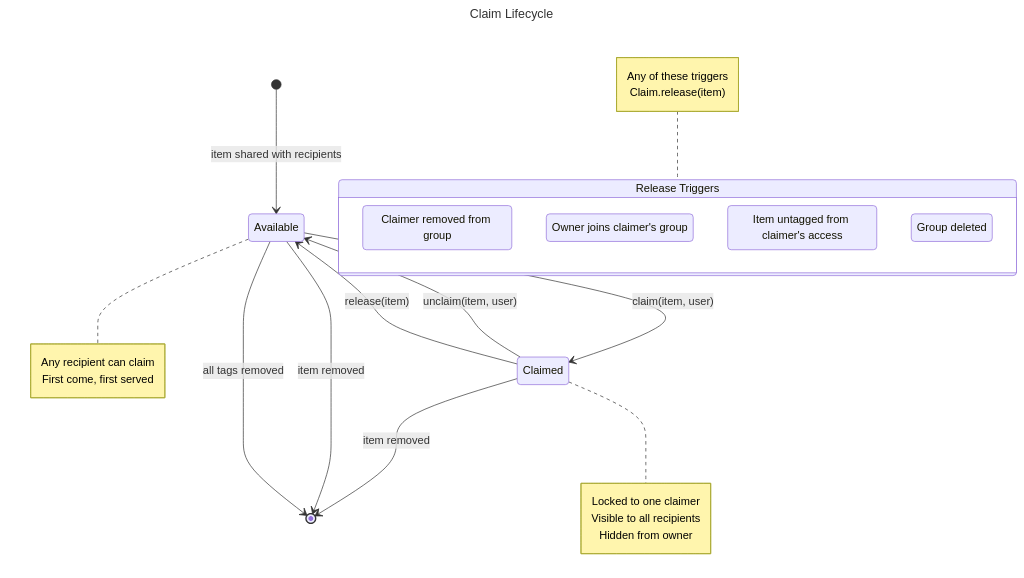
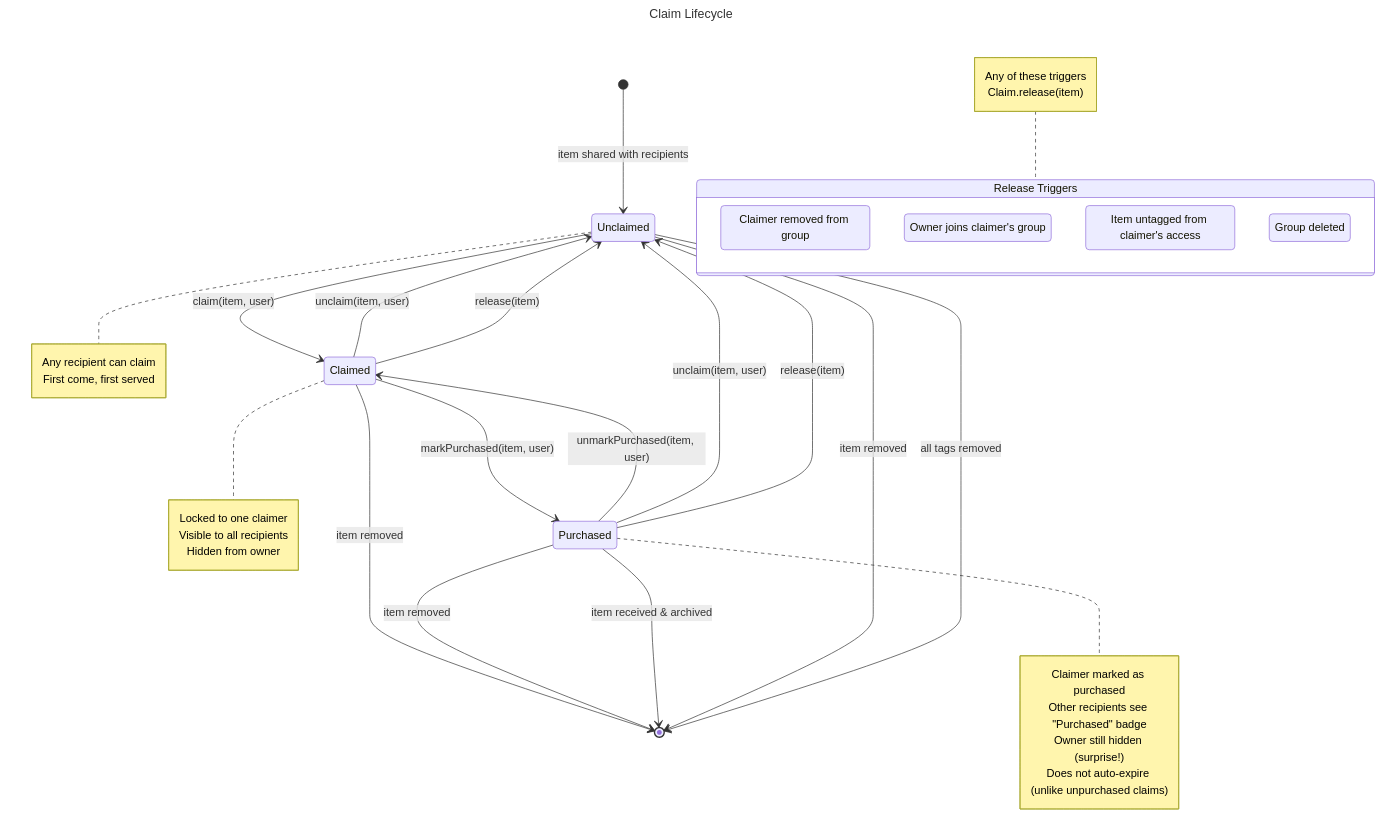
The diagram in docs/04-claim-lifecycle.mmd (AlexTrotchenko/giftlist), drawn with Mermaid before and after one commit. The commit also changed 27 other files, not shown here.

First line of the commit message:
Add archive flow for purchased/gifted items

```diff
--- a/docs/04-claim-lifecycle.mmd
+++ b/docs/04-claim-lifecycle.mmd
@@ -1,37 +1,51 @@
 ---
 title: Claim Lifecycle
 ---
 stateDiagram-v2
-    [*] --> Available: item shared with recipients
+    [*] --> Unclaimed: item shared with recipients
 
-    Available --> Claimed: claim(item, user)
-    
-    Claimed --> Available: unclaim(item, user)
-    Claimed --> Available: release(item)
+    Unclaimed --> Claimed: claim(item, user)
+
+    Claimed --> Purchased: markPurchased(item, user)
+    Claimed --> Unclaimed: unclaim(item, user)
+    Claimed --> Unclaimed: release(item)
     Claimed --> [*]: item removed
 
-    Available --> [*]: item removed
-    Available --> [*]: all tags removed
+    Purchased --> Claimed: unmarkPurchased(item, user)
+    Purchased --> Unclaimed: unclaim(item, user)
+    Purchased --> Unclaimed: release(item)
+    Purchased --> [*]: item removed
+    Purchased --> [*]: item received & archived
+
+    Unclaimed --> [*]: item removed
+    Unclaimed --> [*]: all tags removed
 
     state "Release Triggers" as triggers {
         T1: Claimer removed from group
         T2: Owner joins claimer's group
         T3: Item untagged from claimer's access
         T4: Group deleted
     }
 
-    note right of Available
+    note right of Unclaimed
         Any recipient can claim
         First come, first served
     end note
 
     note right of Claimed
         Locked to one claimer
         Visible to all recipients
         Hidden from owner
     end note
 
+    note right of Purchased
+        Claimer marked as purchased
+        Other recipients see "Purchased" badge
+        Owner still hidden (surprise!)
+        Does not auto-expire (unlike unpurchased claims)
+    end note
+
     note left of triggers
         Any of these triggers
         Claim.release(item)
     end note
```
